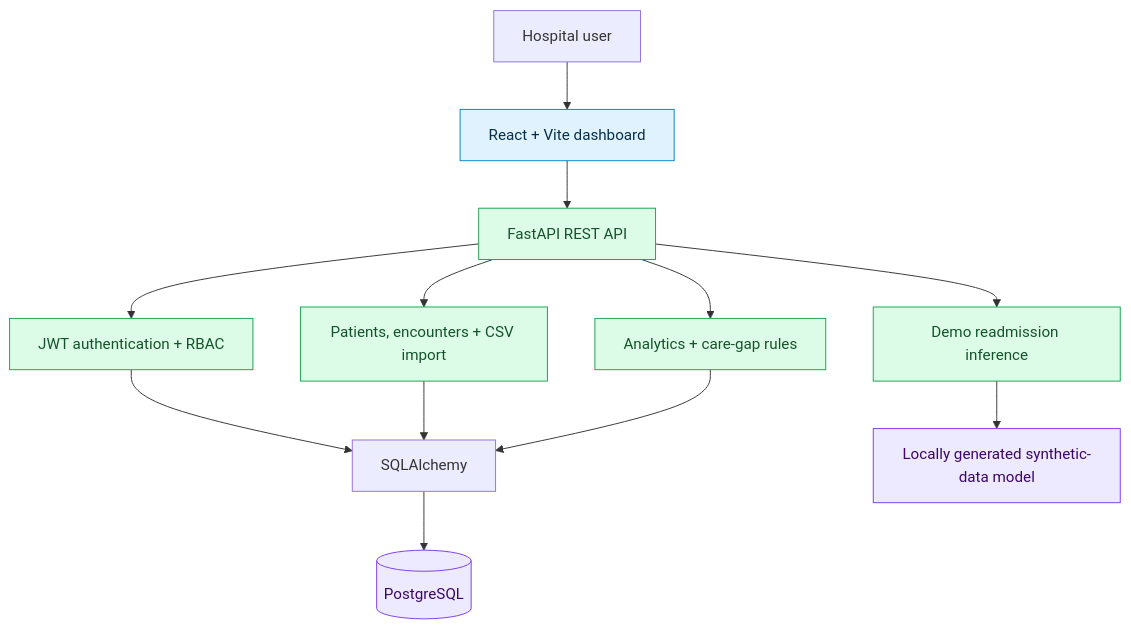
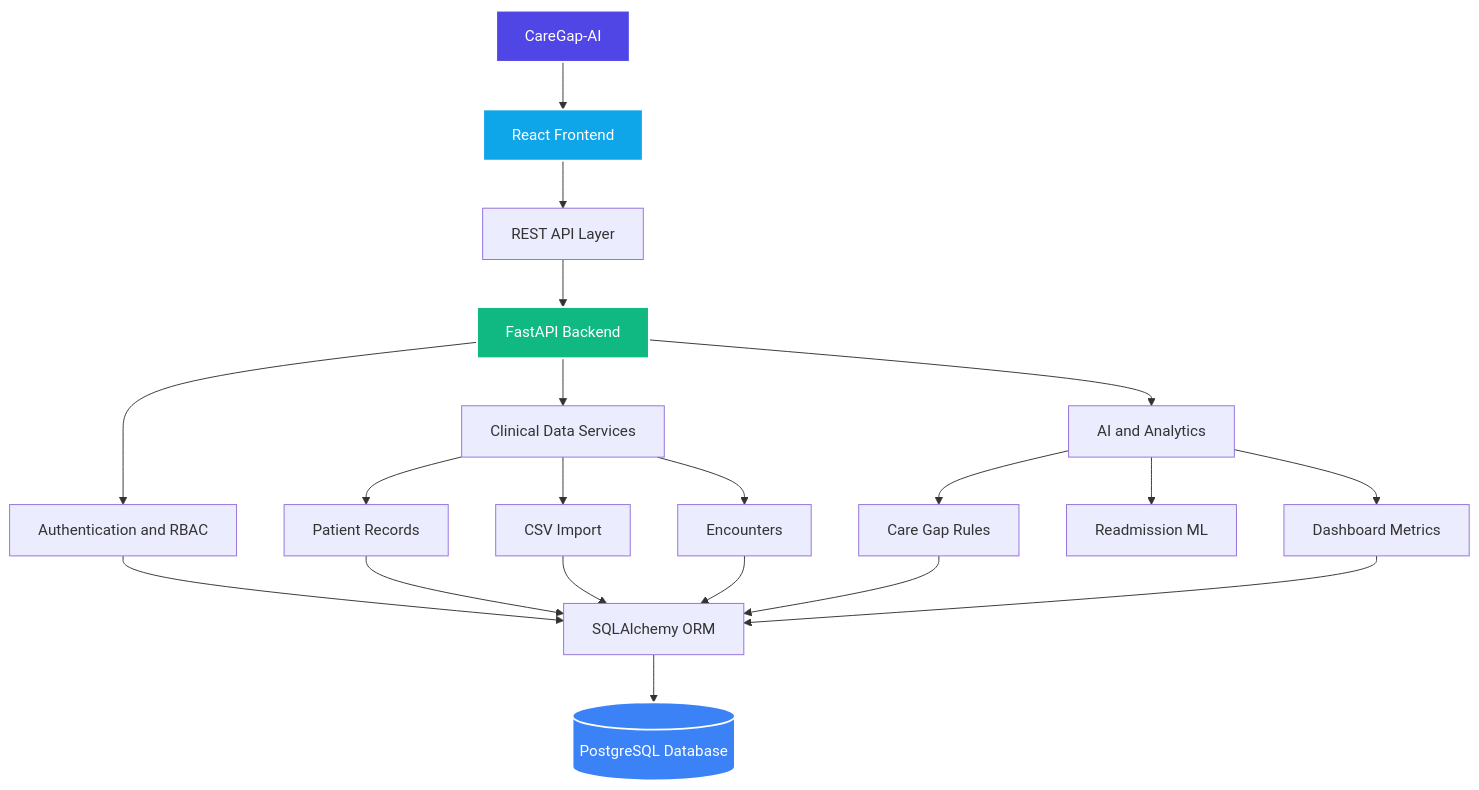
One commit to EmanZahid1644/CareGap-AI changed the diagram in README.md. Above: the diagram before and after it, drawn with Mermaid. The commit also changed other lines of this file, not shown here.

````diff
--- a/README.md
+++ b/README.md
@@ -96,21 +79,29 @@
 ```mermaid
-graph TD
-    U[Hospital user] --> UI[React + Vite dashboard]
-    UI --> API[FastAPI REST API]
-    API --> AUTH[JWT authentication + RBAC]
-    API --> CLIN[Patients, encounters + CSV import]
-    API --> INS[Analytics + care-gap rules]
-    API --> ML[Demo readmission inference]
-    AUTH --> ORM[SQLAlchemy]
-    CLIN --> ORM
-    INS --> ORM
-    ORM --> DB[(PostgreSQL)]
-    ML --> MODEL[Locally generated synthetic-data model]
+flowchart TD
+    A[CareGap-AI] --> B[React Frontend]
+    B --> C[REST API Layer]
+    C --> D[FastAPI Backend]
+    D --> E1[Authentication and RBAC]
+    D --> E2[Clinical Data Services]
+    D --> E3[AI and Analytics]
 
-    classDef interface fill:#e0f2fe,stroke:#0284c7,color:#082f49;
-    classDef backend fill:#dcfce7,stroke:#16a34a,color:#14532d;
-    classDef storage fill:#ede9fe,stroke:#7c3aed,color:#3b0764;
-    class UI interface;
-    class API,AUTH,CLIN,INS,ML backend;
-    class DB,MODEL storage;
+    E2 --> F1[Patient Records]
+    E2 --> F2[CSV Import]
+    E2 --> F3[Encounters]
+    E3 --> F4[Care Gap Rules]
+    E3 --> F5[Readmission ML]
+    E3 --> F6[Dashboard Metrics]
+
+    E1 --> G[SQLAlchemy ORM]
+    F1 --> G
+    F2 --> G
+    F3 --> G
+    F4 --> G
+    F6 --> G
+    G --> H[(PostgreSQL Database)]
+
+    style A fill:#4f46e5,stroke:#fff,stroke-width:2px,color:#fff
+    style B fill:#0ea5e9,stroke:#fff,stroke-width:2px,color:#fff
+    style D fill:#10b981,stroke:#fff,stroke-width:2px,color:#fff
+    style H fill:#3b82f6,stroke:#fff,stroke-width:2px,color:#fff
 ```
````
